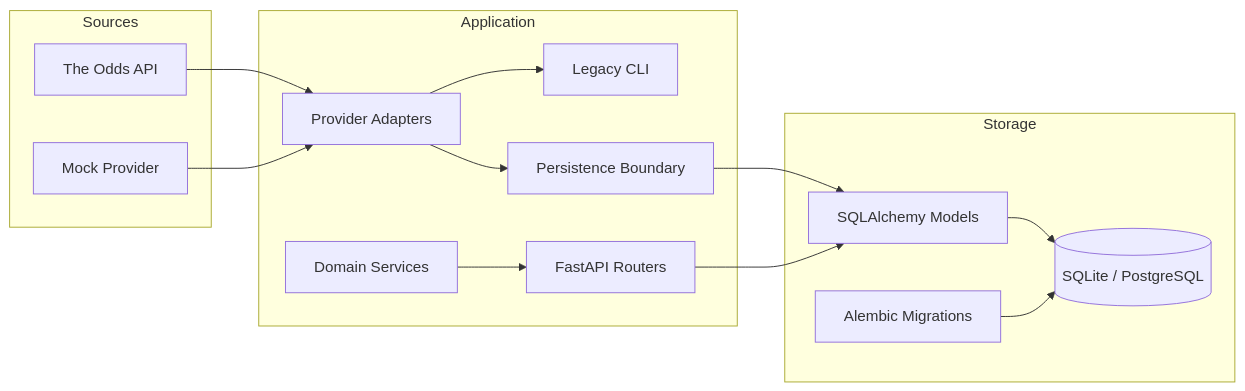
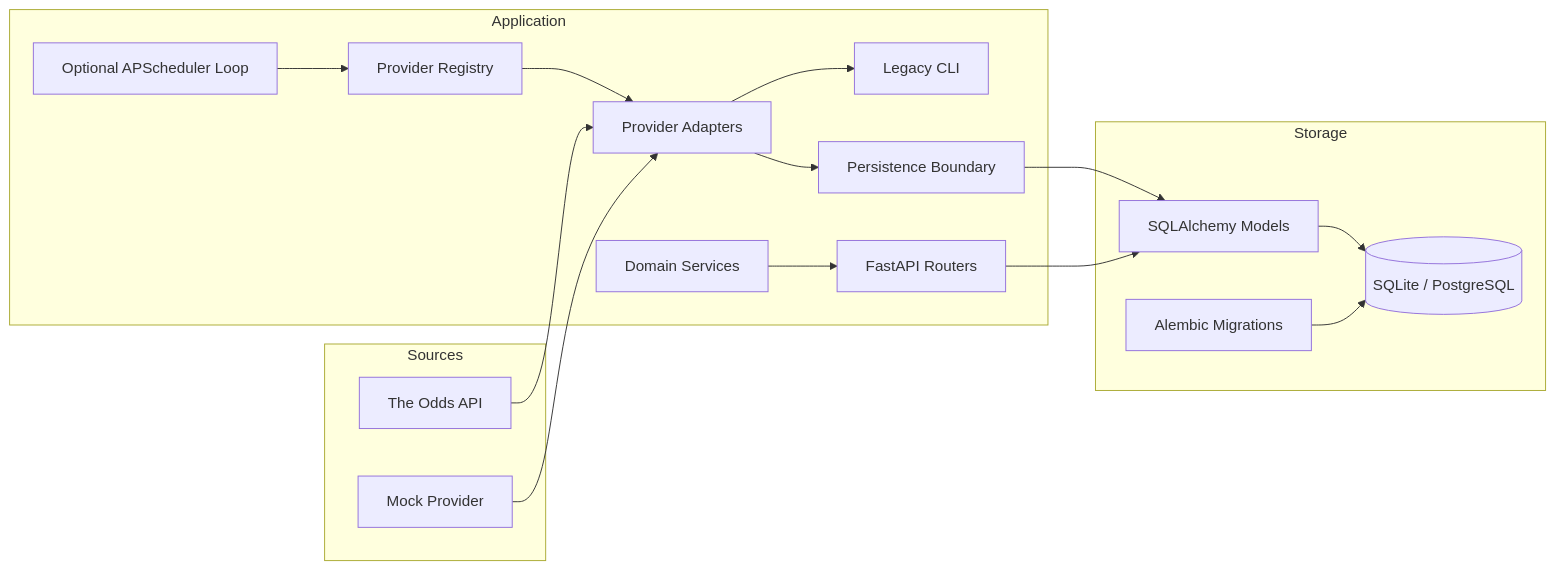
The second of 3 diagrams in ARCHITECTURE.md (olamide87/EDGEIQ), drawn with Mermaid before and after one commit. The commit also changed other lines of this file and 36 other files, not shown here.

````diff
--- a/ARCHITECTURE.md
+++ b/ARCHITECTURE.md
@@ -28,31 +28,35 @@
 ```mermaid
 flowchart LR
     subgraph Sources
         OddsAPI[The Odds API]
         Mock[Mock Provider]
     end
 
     subgraph Application
         Providers[Provider Adapters]
         Persistence[Persistence Boundary]
         Services[Domain Services]
+        Scheduler[Optional APScheduler Loop]
+        Registry[Provider Registry]
         API[FastAPI Routers]
         CLI[Legacy CLI]
     end
 
     subgraph Storage
         ORM[SQLAlchemy Models]
         Migrations[Alembic Migrations]
         DB[(SQLite / PostgreSQL)]
     end
 
     OddsAPI --> Providers
     Mock --> Providers
+    Scheduler --> Registry
+    Registry --> Providers
     Providers --> CLI
     Providers --> Persistence
     Persistence --> ORM
     Services --> API
     API --> ORM
     ORM --> DB
     Migrations --> DB
 ```
````
